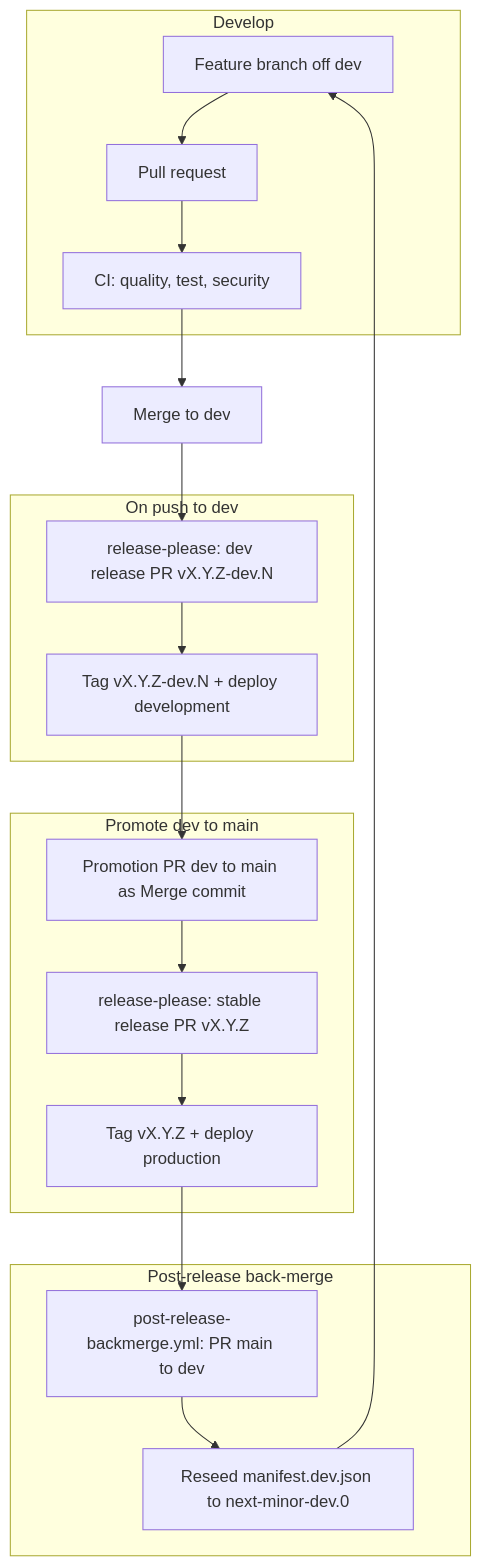
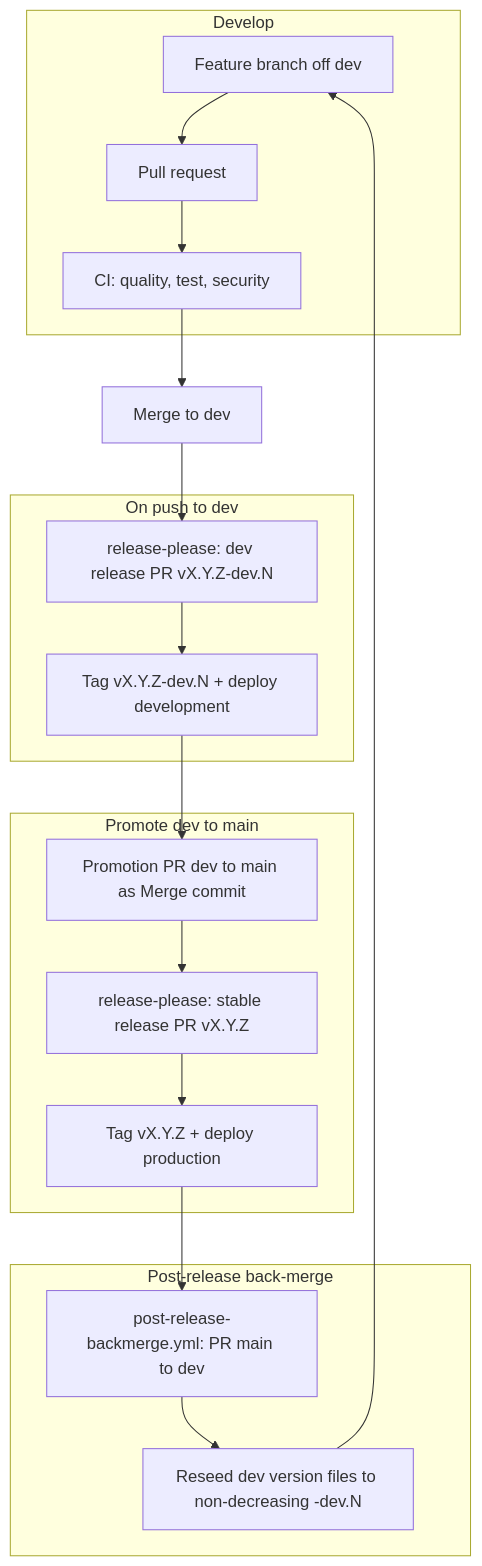
One commit to nikunjmavani/core-be changed the third of 6 diagrams in docs/deployment/ci-cd/cicd-and-deployment.md. Above: the diagram before and after it, drawn with Mermaid. The commit also changed other lines of this file and 5 other files, not shown here.

````diff
--- a/docs/deployment/ci-cd/cicd-and-deployment.md
+++ b/docs/deployment/ci-cd/cicd-and-deployment.md
@@ -171,34 +171,34 @@
 ```mermaid
 flowchart TB
   subgraph develop [Develop]
     Feature[Feature branch off dev]
     PR[Pull request]
     CI[CI: quality, test, security]
     Feature --> PR --> CI
   end
 
   subgraph onDev [On push to dev]
     DevReleasePlease[release-please: dev release PR vX.Y.Z-dev.N]
     DevTag[Tag vX.Y.Z-dev.N + deploy development]
     DevReleasePlease --> DevTag
   end
 
   subgraph promote [Promote dev to main]
     PromotePR[Promotion PR dev to main as Merge commit]
     MainReleasePlease[release-please: stable release PR vX.Y.Z]
     MainTag[Tag vX.Y.Z + deploy production]
     PromotePR --> MainReleasePlease --> MainTag
   end
 
   subgraph backmerge [Post-release back-merge]
     BackmergeWorkflow["post-release-backmerge.yml: PR main to dev"]
-    DevSeed["Reseed manifest.dev.json to next-minor-dev.0"]
+    DevSeed["Reseed dev version files to non-decreasing -dev.N"]
     BackmergeWorkflow --> DevSeed
   end
 
   CI --> DevMerge[Merge to dev]
   DevMerge --> DevReleasePlease
   DevTag --> PromotePR
   MainTag --> BackmergeWorkflow
   DevSeed --> Feature
 ```
````
